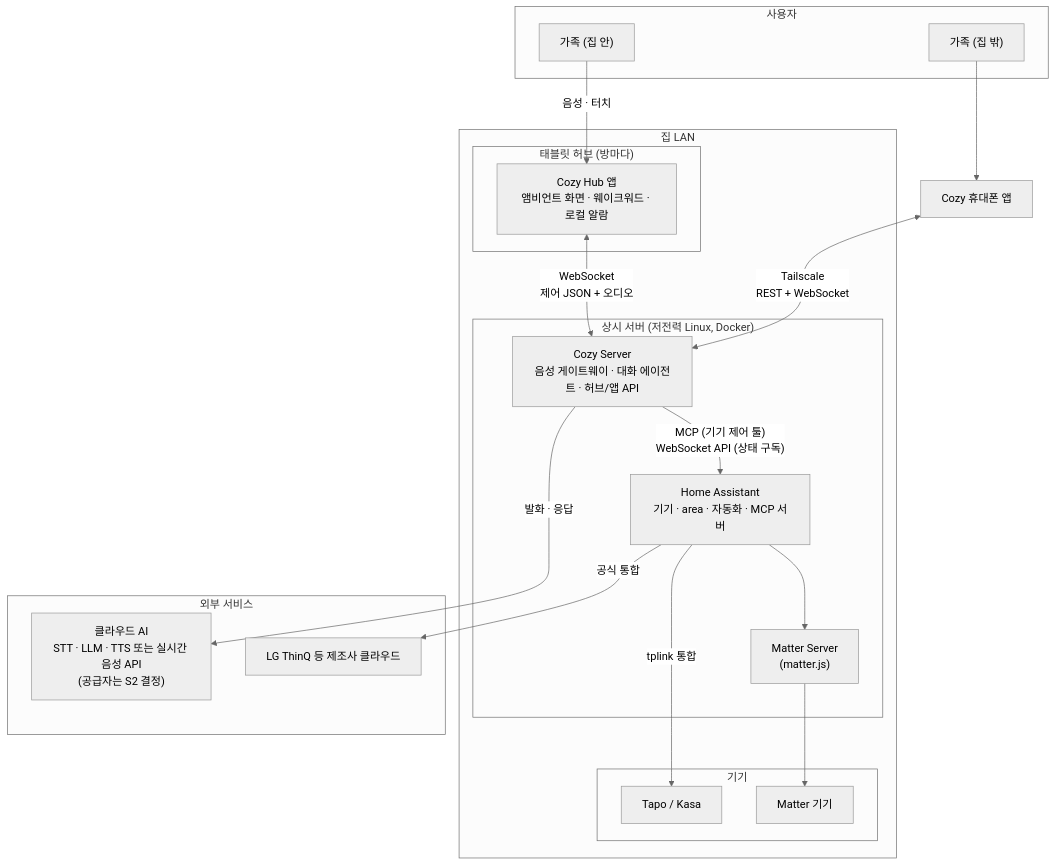
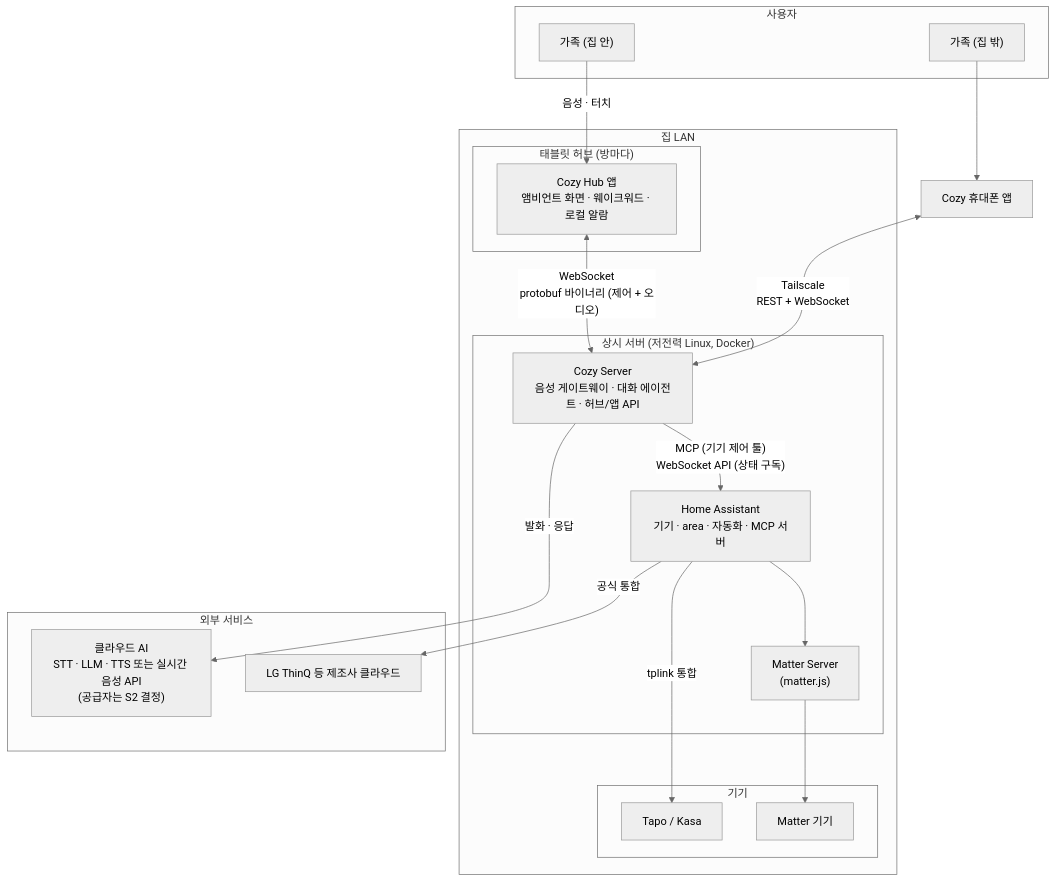
One commit to pis-o-cake/cozy-buddy changed the first of 4 diagrams in docs/design/0001-system-architecture.md. Above: the diagram before and after it, drawn with Mermaid (neutral theme). The commit also changed other lines of this file and 13 other files, not shown here.

First line of the commit message:
docs(architecture): Describe the current system

````diff
--- a/docs/design/0001-system-architecture.md
+++ b/docs/design/0001-system-architecture.md
@@ -41,43 +44,43 @@
 ```mermaid
 flowchart TB
     subgraph PEOPLE["사용자"]
         FAM["가족 (집 안)"]
         OUT["가족 (집 밖)"]
     end
 
     subgraph HOME["집 LAN"]
         subgraph HUBS["태블릿 허브 (방마다)"]
             HUB["Cozy Hub 앱<br/>앰비언트 화면 · 웨이크워드 · 로컬 알람"]
         end
 
         subgraph SRV["상시 서버 (저전력 Linux, Docker)"]
             CS["Cozy Server<br/>음성 게이트웨이 · 대화 에이전트 · 허브/앱 API"]
             HA["Home Assistant<br/>기기 · area · 자동화 · MCP 서버"]
             MS["Matter Server<br/>(matter.js)"]
             CS -->|"MCP (기기 제어 툴)<br/>WebSocket API (상태 구독)"| HA
             HA --> MS
         end
 
         subgraph DEV["기기"]
             TAPO["Tapo / Kasa"]
             MATTER["Matter 기기"]
         end
 
         HA -->|tplink 통합| TAPO
         MS --> MATTER
     end
 
     subgraph CLOUD["외부 서비스"]
         AI["클라우드 AI<br/>STT · LLM · TTS 또는 실시간 음성 API<br/>(공급자는 S2 결정)"]
         THINQ["LG ThinQ 등 제조사 클라우드"]
     end
 
     PHONE["Cozy 휴대폰 앱"]
 
     FAM -->|음성 · 터치| HUB
     OUT --> PHONE
-    HUB <-->|"WebSocket<br/>제어 JSON + 오디오"| CS
+    HUB <-->|"WebSocket<br/>protobuf 바이너리 (제어 + 오디오)"| CS
     PHONE <-->|"Tailscale<br/>REST + WebSocket"| CS
     CS -->|"발화 · 응답"| AI
     HA -->|공식 통합| THINQ
 ```
````
